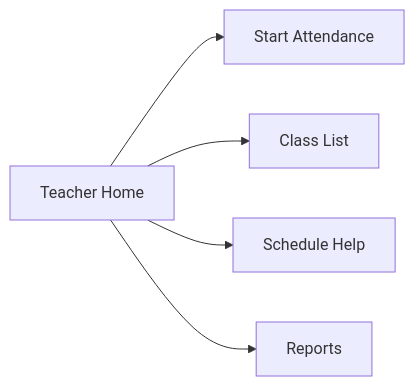
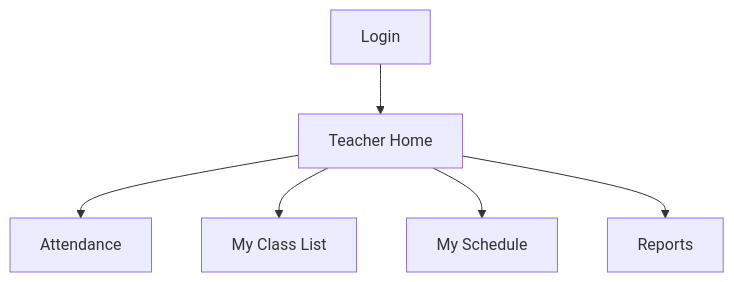
Before and after one commit to micoms/QrAttendance: the second of 3 diagrams in docs/ui-flow.md, drawn with Mermaid. The commit also changed other lines of this file and 62 other files, not shown here.

Commit message:
Rebuild QR Attend app with simpler flows and PHT scheduling

````diff
--- a/docs/ui-flow.md
+++ b/docs/ui-flow.md
@@ -78,7 +80,8 @@
 ```mermaid
-flowchart LR
-    A["Teacher Home"] --> B["Start Attendance"]
-    A --> C["Class List"]
-    A --> D["Schedule Help"]
-    A --> E["Reports"]
+flowchart TD
+    A["Login"] --> B["Teacher Home"]
+    B --> C["Attendance"]
+    B --> D["My Class List"]
+    B --> E["My Schedule"]
+    B --> F["Reports"]
 ```
````
